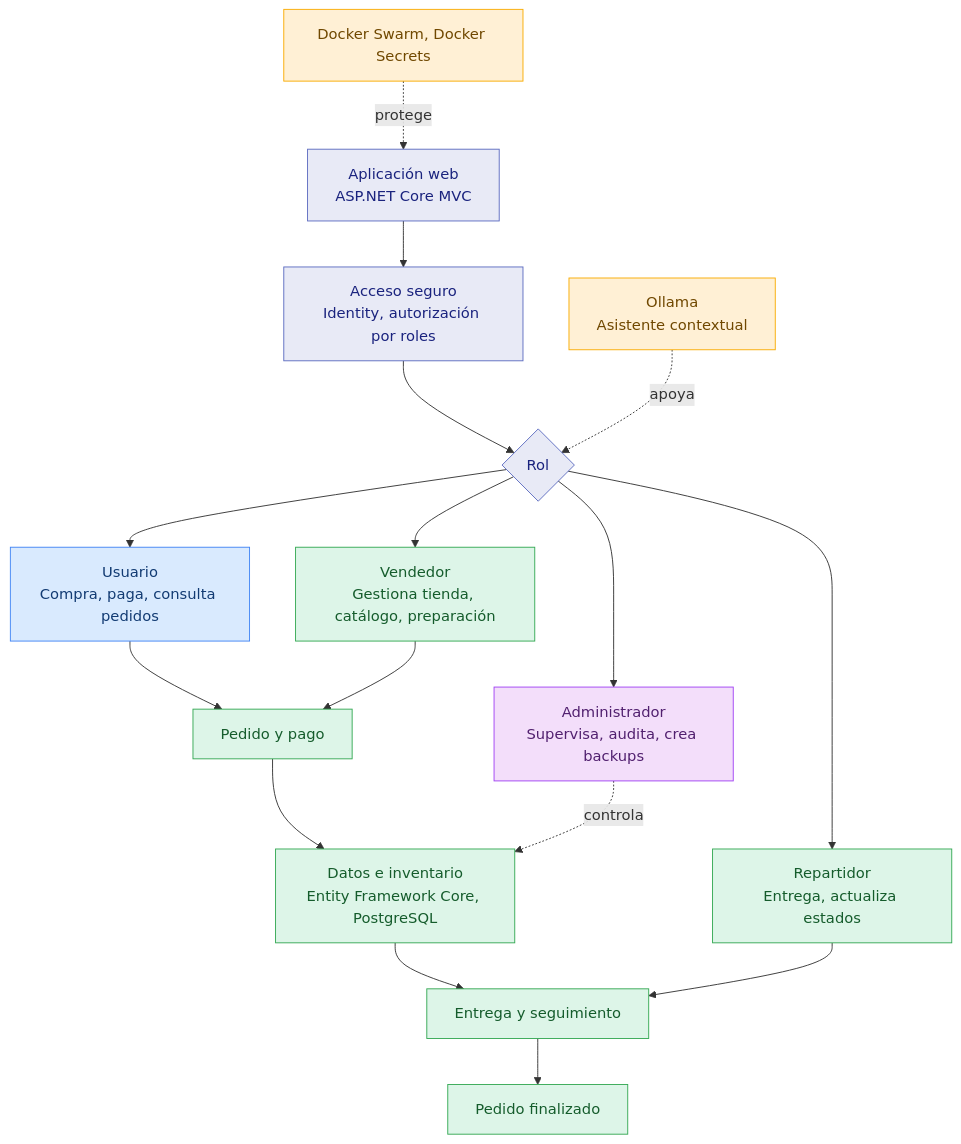
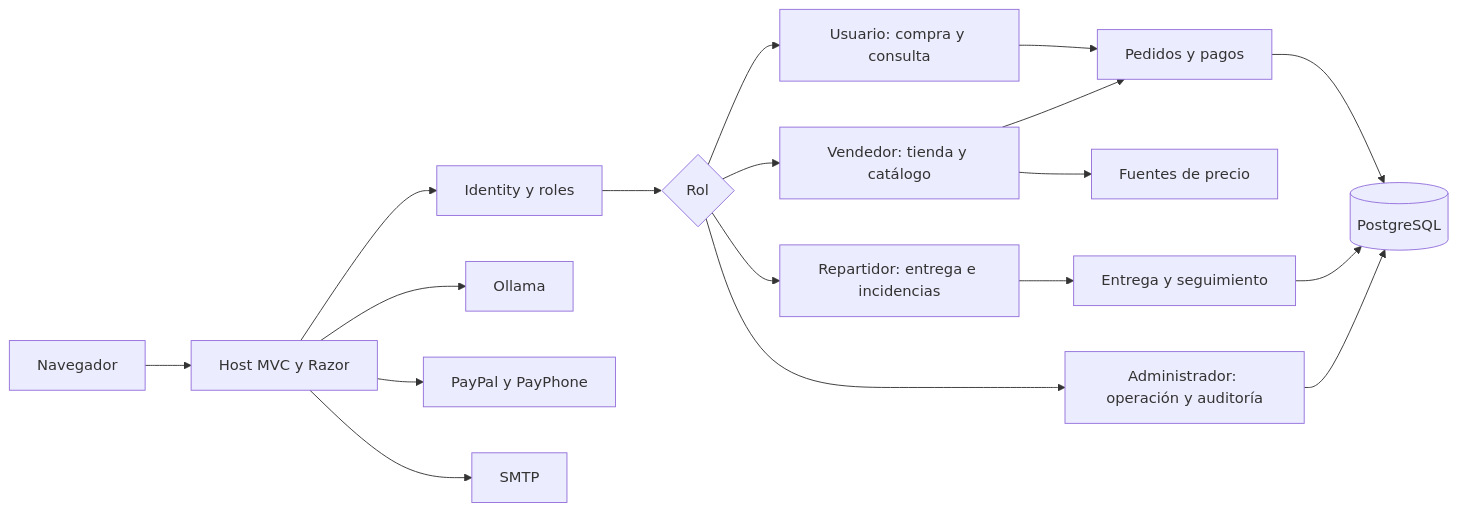
Before and after one commit to jeffersonmejia/ollama-orbi-app: the second of 2 diagrams in README.md, drawn with Mermaid. The commit also changed other lines of this file, not shown here.

Commit message:
docs(readme): actualiza arquitectura y guía de ejecución

````diff
--- a/README.md
+++ b/README.md
@@ -247,33 +221,20 @@
 ```mermaid
-flowchart TB
-    A[Aplicación web<br>ASP.NET Core MVC] --> B[Acceso seguro<br>Identity, autorización por roles]
-    B --> R{Rol}
-
-    R --> U[Usuario<br>Compra, paga, consulta pedidos]
-    R --> V[Vendedor<br>Gestiona tienda, catálogo, preparación]
-    R --> D[Repartidor<br>Entrega, actualiza estados]
-    R --> M[Administrador<br>Supervisa, audita, crea backups]
-
-    U --> P[Pedido y pago]
-    V --> P
-    P --> DB[Datos e inventario<br>Entity Framework Core, PostgreSQL]
-    DB --> E[Entrega y seguimiento]
-    D --> E
-    E --> F[Pedido finalizado]
-
-    M -. controla .-> DB
-    S[Docker Swarm, Docker Secrets] -. protege .-> A
-    O[Ollama<br>Asistente contextual] -. apoya .-> R
-
-    classDef acceso fill:#E8EAF6,stroke:#5C6BC0,color:#1A237E
-    classDef usuario fill:#D9EAFE,stroke:#4285F4,color:#123B73
-    classDef operacion fill:#DDF5E8,stroke:#34A853,color:#155C2C
-    classDef admin fill:#F3DEFA,stroke:#A142F4,color:#51206F
-    classDef seguridad fill:#FFF0D5,stroke:#F9AB00,color:#704800
-
-    class A,B,R acceso
-    class U usuario
-    class V,D,P,DB,E,F operacion
-    class M admin
-    class S,O seguridad
+flowchart LR
+    browser[Navegador] --> web[Host MVC y Razor]
+    web --> identity[Identity y roles]
+    identity --> role{Rol}
+    role --> buyer[Usuario: compra y consulta]
+    role --> seller[Vendedor: tienda y catálogo]
+    role --> courier[Repartidor: entrega e incidencias]
+    role --> admin[Administrador: operación y auditoría]
+    buyer --> orders[Pedidos y pagos]
+    seller --> orders
+    courier --> delivery[Entrega y seguimiento]
+    orders --> db[(PostgreSQL)]
+    delivery --> db
+    admin --> db
+    web --> ai[Ollama]
+    seller --> prices[Fuentes de precio]
+    web --> payment[PayPal y PayPhone]
+    web --> mail[SMTP]
 ```
````
